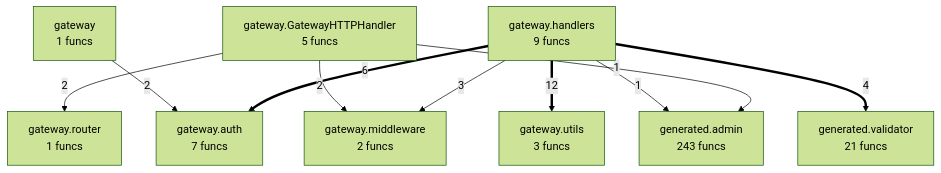
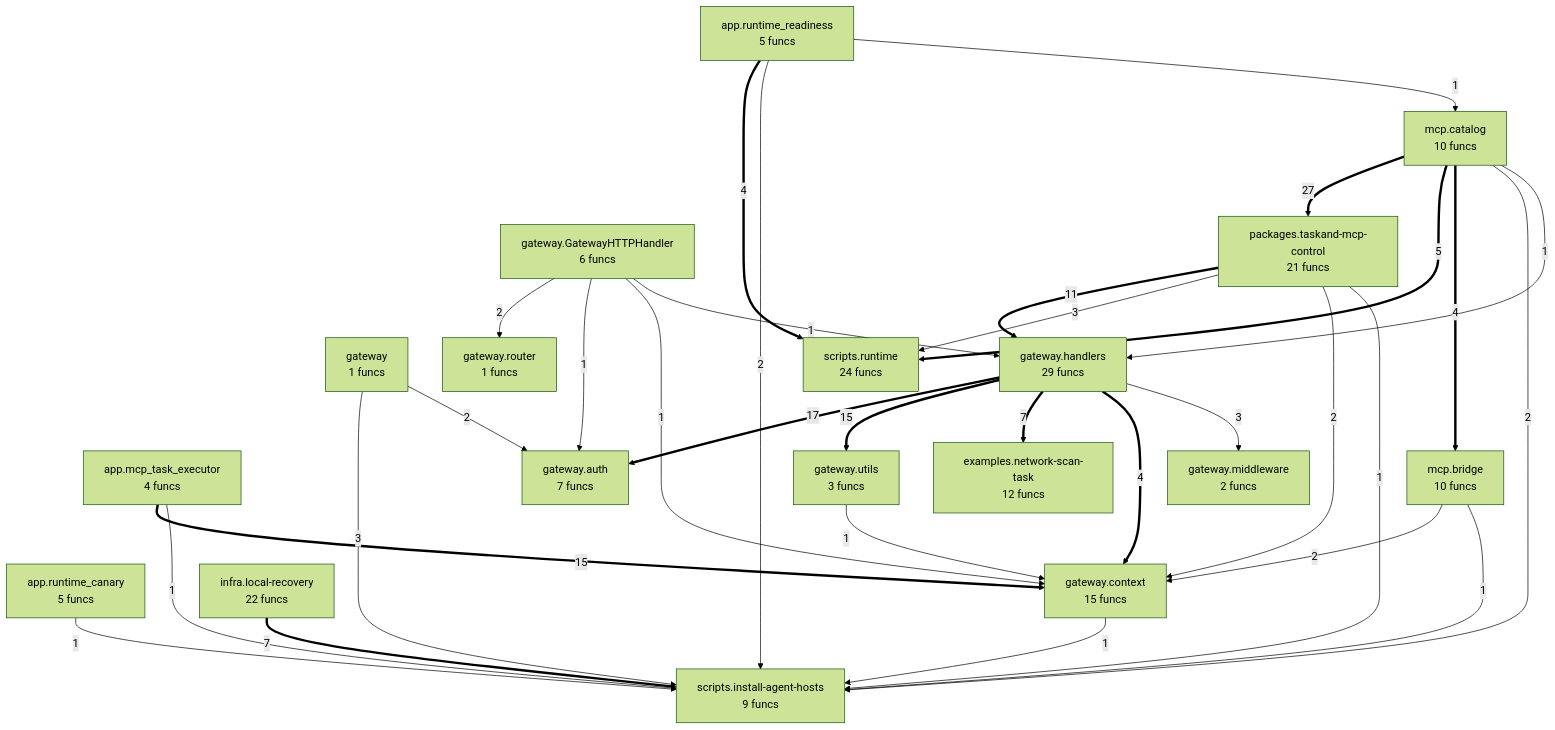
The diagram in project/compact_flow.mmd (paxlet-com/taskand), drawn with Mermaid (forest theme) before and after one commit. The commit also changed 18 other files, not shown here.

Commit message:
feat(project): update architecture maps, flow diagrams and logic representation (ticket-045) (#44)

```diff
--- a/project/compact_flow.mmd
+++ b/project/compact_flow.mmd
@@ -1,20 +1,51 @@
 flowchart TD
-%% generated in 0.01s
+%% generated in 0.20s
+    app__mcp_task_executor["app.mcp_task_executor<br/>4 funcs"]
+    app__runtime_canary["app.runtime_canary<br/>5 funcs"]
+    app__runtime_readiness["app.runtime_readiness<br/>5 funcs"]
+    examples__network_scan_task["examples.network-scan-task<br/>12 funcs"]
     gateway["gateway<br/>1 funcs"]
-    gateway__GatewayHTTPHandler["gateway.GatewayHTTPHandler<br/>5 funcs"]
+    gateway__GatewayHTTPHandler["gateway.GatewayHTTPHandler<br/>6 funcs"]
     gateway__auth["gateway.auth<br/>7 funcs"]
-    gateway__handlers["gateway.handlers<br/>9 funcs"]
+    gateway__context["gateway.context<br/>15 funcs"]
+    gateway__handlers["gateway.handlers<br/>29 funcs"]
     gateway__middleware["gateway.middleware<br/>2 funcs"]
     gateway__router["gateway.router<br/>1 funcs"]
     gateway__utils["gateway.utils<br/>3 funcs"]
-    generated__admin["generated.admin<br/>243 funcs"]
-    generated__validator["generated.validator<br/>21 funcs"]
-    gateway__handlers ==>|12| gateway__utils
-    gateway__handlers ==>|6| gateway__auth
-    gateway__handlers ==>|4| generated__validator
+    infra__local_recovery["infra.local-recovery<br/>22 funcs"]
+    mcp__bridge["mcp.bridge<br/>10 funcs"]
+    mcp__catalog["mcp.catalog<br/>10 funcs"]
+    packages__taskand_mcp_control["packages.taskand-mcp-control<br/>21 funcs"]
+    scripts__install_agent_hosts["scripts.install-agent-hosts<br/>9 funcs"]
+    scripts__runtime["scripts.runtime<br/>24 funcs"]
+    mcp__catalog ==>|27| packages__taskand_mcp_control
+    gateway__handlers ==>|17| gateway__auth
+    gateway__handlers ==>|15| gateway__utils
+    app__mcp_task_executor ==>|15| gateway__context
+    packages__taskand_mcp_control ==>|11| gateway__handlers
+    gateway__handlers ==>|7| examples__network_scan_task
+    infra__local_recovery ==>|7| scripts__install_agent_hosts
+    mcp__catalog ==>|5| scripts__runtime
+    gateway__handlers ==>|4| gateway__context
+    mcp__catalog ==>|4| mcp__bridge
+    app__runtime_readiness ==>|4| scripts__runtime
     gateway__handlers -->|3| gateway__middleware
-    gateway__GatewayHTTPHandler -->|2| gateway__middleware
+    packages__taskand_mcp_control -->|3| scripts__runtime
+    gateway -->|3| scripts__install_agent_hosts
+    packages__taskand_mcp_control -->|2| gateway__context
+    mcp__bridge -->|2| gateway__context
+    mcp__catalog -->|2| scripts__install_agent_hosts
     gateway__GatewayHTTPHandler -->|2| gateway__router
     gateway -->|2| gateway__auth
-    gateway__GatewayHTTPHandler -->|1| generated__admin
-    gateway__handlers -->|1| generated__admin
+    app__runtime_readiness -->|2| scripts__install_agent_hosts
+    gateway__utils -->|1| gateway__context
+    app__runtime_canary -->|1| scripts__install_agent_hosts
+    gateway__context -->|1| scripts__install_agent_hosts
+    packages__taskand_mcp_control -->|1| scripts__install_agent_hosts
+    mcp__bridge -->|1| scripts__install_agent_hosts
+    mcp__catalog -->|1| gateway__handlers
+    gateway__GatewayHTTPHandler -->|1| gateway__auth
+    gateway__GatewayHTTPHandler -->|1| gateway__context
+    gateway__GatewayHTTPHandler -->|1| gateway__handlers
+    app__runtime_readiness -->|1| mcp__catalog
+    app__mcp_task_executor -->|1| scripts__install_agent_hosts
```
